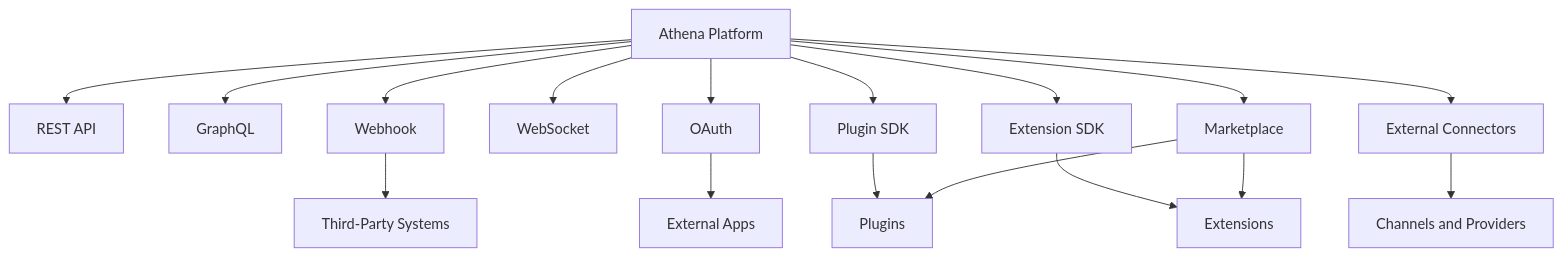
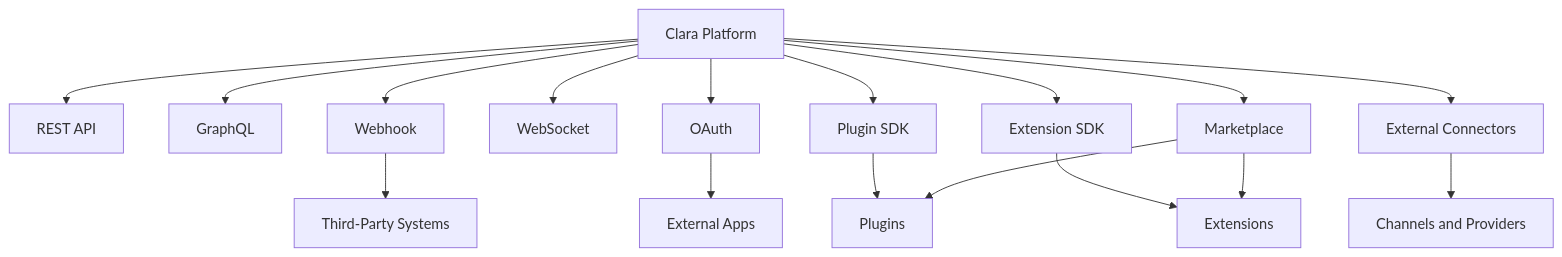
The diagram in docs/BOOK-02-Master-Blueprint/PART-08-Integration-Platform/README.md (VaxXinE/CLARA), drawn with Mermaid before and after one commit. The commit also changed other lines of this file and 529 other files, not shown here.

````diff
--- a/docs/BOOK-02-Master-Blueprint/PART-08-Integration-Platform/README.md
+++ b/docs/BOOK-02-Master-Blueprint/PART-08-Integration-Platform/README.md
@@ -81,20 +81,20 @@
 ```mermaid
 flowchart TD
-    Athena[Athena Platform] --> REST[REST API]
-    Athena --> GraphQL[GraphQL]
-    Athena --> Webhook[Webhook]
-    Athena --> WebSocket[WebSocket]
-    Athena --> OAuth[OAuth]
-    Athena --> PluginSDK[Plugin SDK]
-    Athena --> ExtensionSDK[Extension SDK]
-    Athena --> Marketplace[Marketplace]
-    Athena --> Connectors[External Connectors]
+    Clara[Clara Platform] --> REST[REST API]
+    Clara --> GraphQL[GraphQL]
+    Clara --> Webhook[Webhook]
+    Clara --> WebSocket[WebSocket]
+    Clara --> OAuth[OAuth]
+    Clara --> PluginSDK[Plugin SDK]
+    Clara --> ExtensionSDK[Extension SDK]
+    Clara --> Marketplace[Marketplace]
+    Clara --> Connectors[External Connectors]
 
     OAuth --> ExternalApps[External Apps]
     Webhook --> ThirdParty[Third-Party Systems]
     Connectors --> Channels[Channels and Providers]
     PluginSDK --> Plugins[Plugins]
     ExtensionSDK --> Extensions[Extensions]
     Marketplace --> Plugins
     Marketplace --> Extensions
 ```
````
